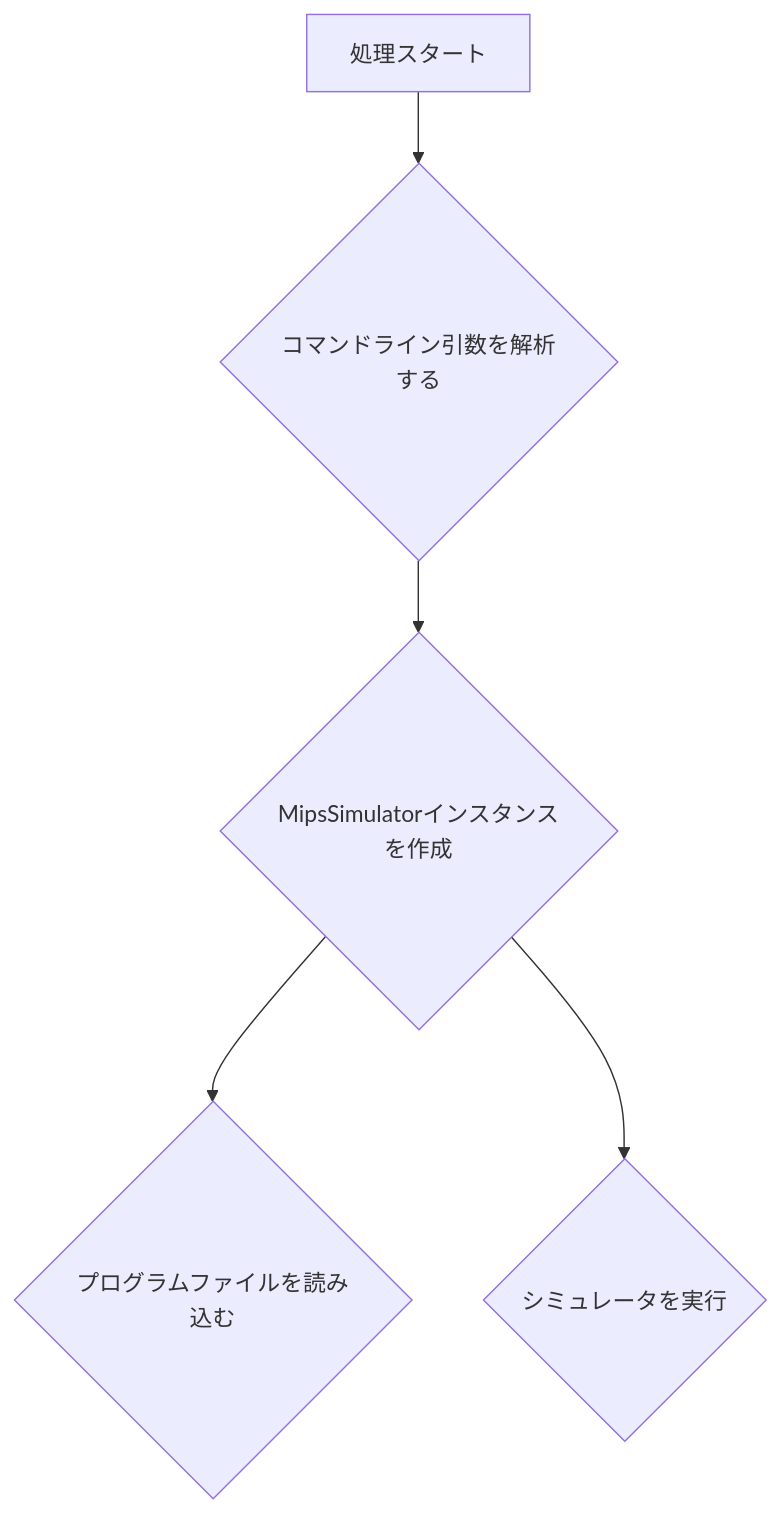
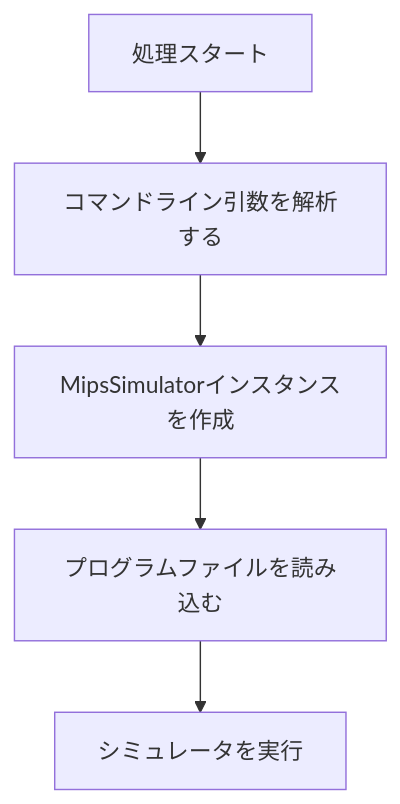
Before and after one commit to MitsumasaNaito/cpuex_7_simulator: the diagram in processer-v2/README.md, drawn with Mermaid.

````diff
--- a/processer-v2/README.md
+++ b/processer-v2/README.md
@@ -164,9 +164,9 @@
 ```mermaid
 
 graph TD
-    A[処理スタート] --> B{コマンドライン引数を解析する};
-    B --> C{MipsSimulatorインスタンスを作成};
-    C --> D{プログラムファイルを読み込む};
-    C --> E{シミュレータを実行};
+    A[処理スタート] --> B[コマンドライン引数を解析する];
+    B --> C[MipsSimulatorインスタンスを作成];
+    C --> D[プログラムファイルを読み込む];
+    D --> E[シミュレータを実行];
 
 ```
````
